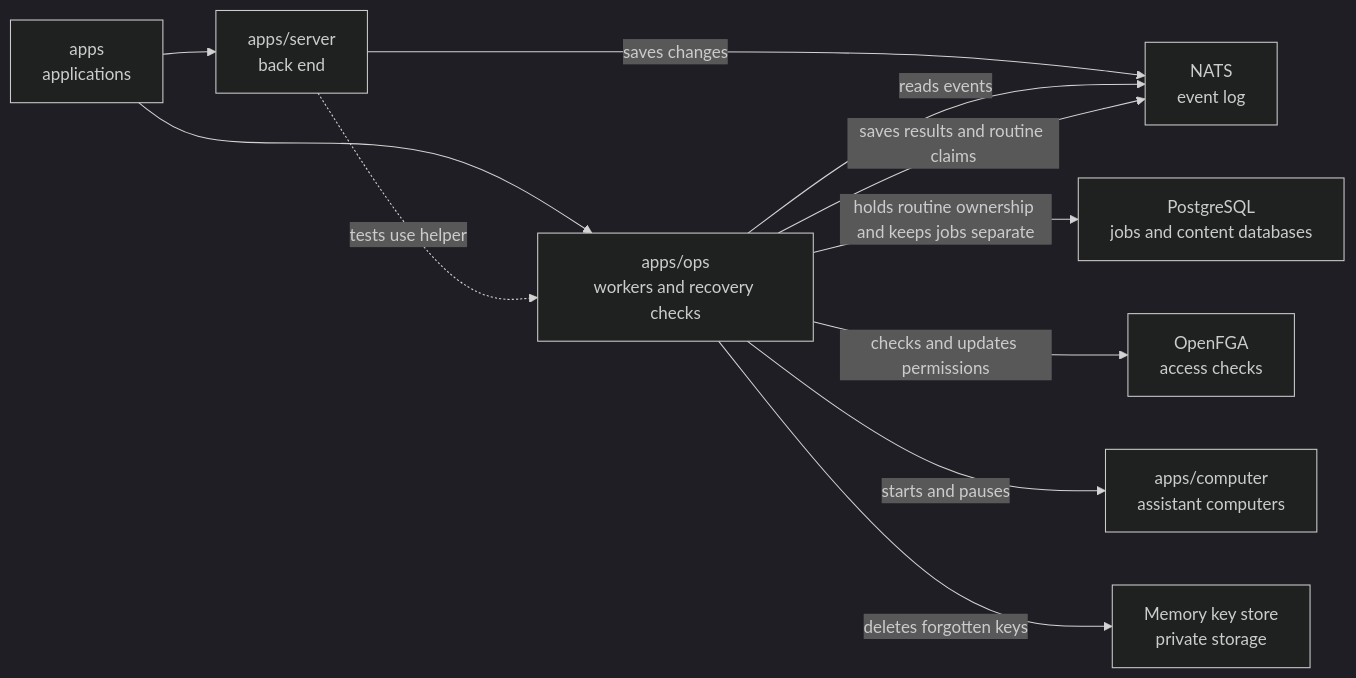
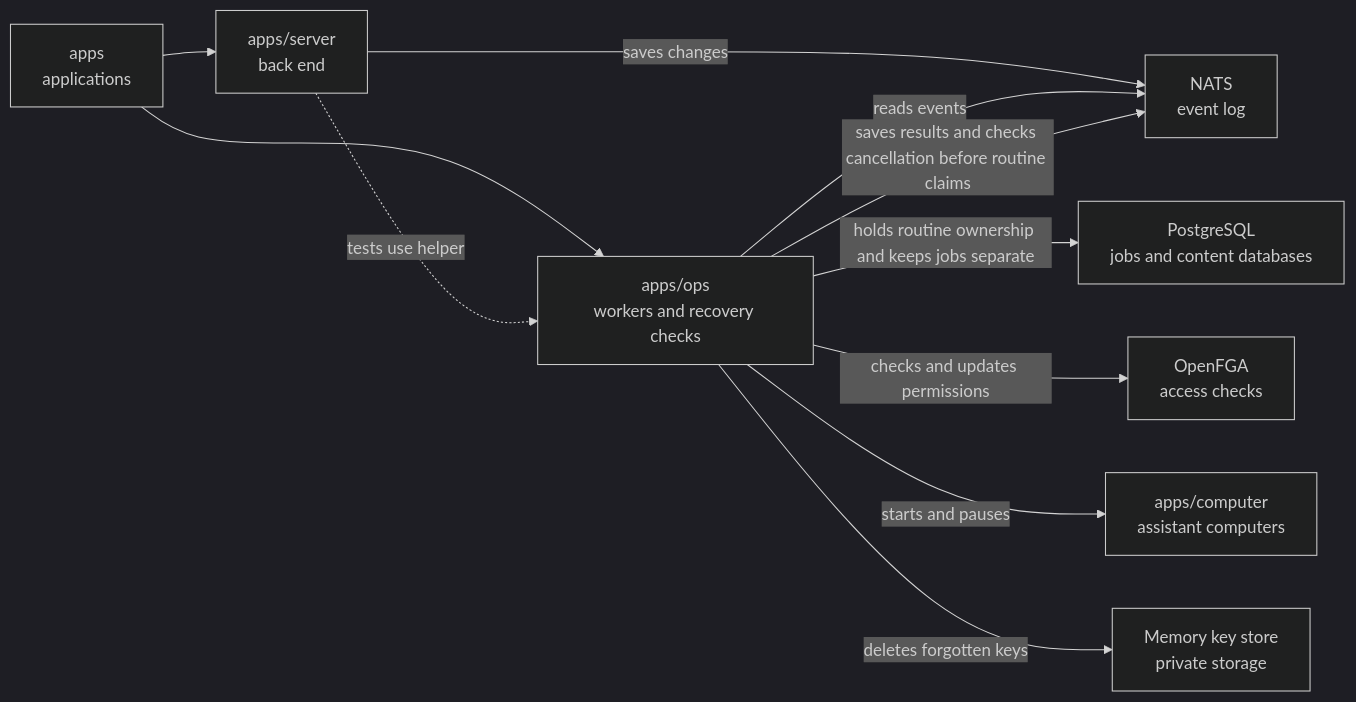
One commit to elewa-git/opencrane-new changed the diagram in apps/ops/README.md. Above: the diagram before and after it, drawn with Mermaid (dark theme). The commit also changed other lines of this file and 7 other files, not shown here.

Commit message:
🔒 Stop stale routine claims before publication

````diff
--- a/apps/ops/README.md
+++ b/apps/ops/README.md
@@ -17,13 +17,13 @@
 ```mermaid
 flowchart LR
   apps["apps<br/>applications"] --> ops["apps/ops<br/>workers and recovery checks"]
   apps --> server["apps/server<br/>back end"]
   server -.->|tests use helper| ops
   server -->|saves changes| nats["NATS<br/>event log"]
   ops -->|reads events| nats
-  ops -->|saves results and routine claims| nats
+  ops -->|saves results and checks cancellation before routine claims| nats
   ops -->|holds routine ownership and keeps jobs separate| pg["PostgreSQL<br/>jobs and content databases"]
   ops -->|checks and updates permissions| fga["OpenFGA<br/>access checks"]
   ops -->|starts and pauses| computer["apps/computer<br/>assistant computers"]
   ops -->|deletes forgotten keys| keys["Memory key store<br/>private storage"]
 ```
````
